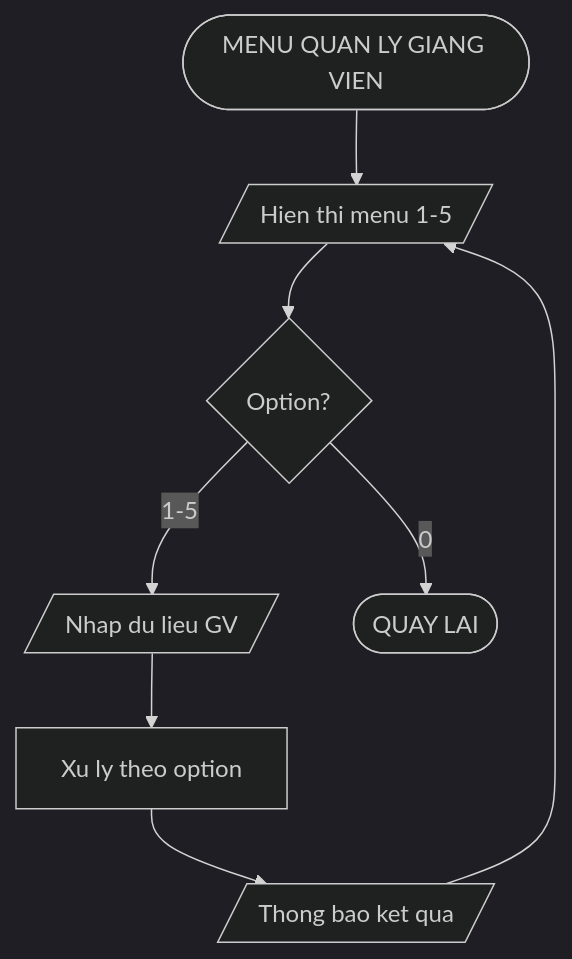
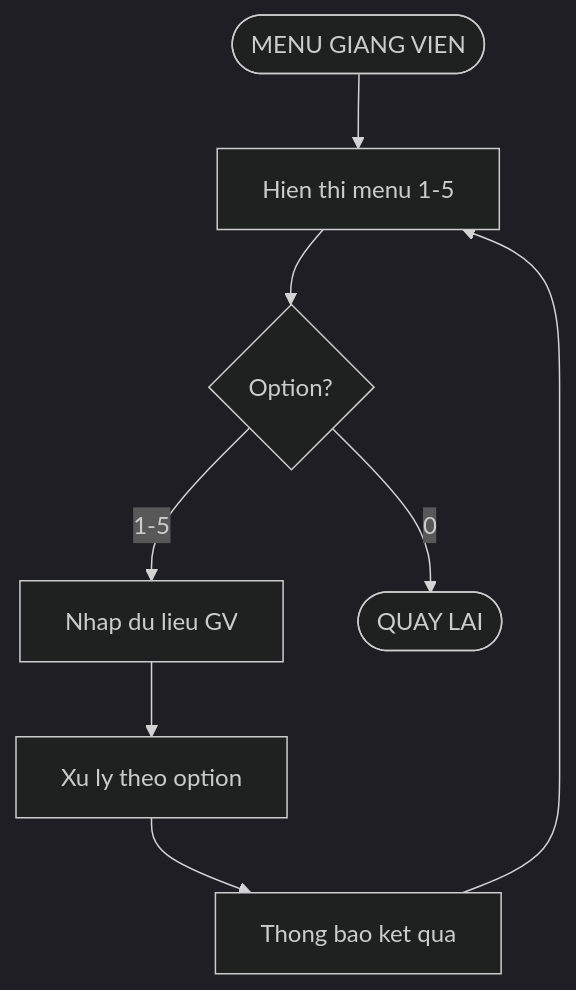
Diagram 11 of 20 in docs/Flowcharts/Flowcharts.md (phucphuc2006/pro-192), drawn with Mermaid (dark theme) before and after one commit. The commit also changed other lines of this file, not shown here.

Commit message:
Fix Mermaid: remove parallelogram syntax for GitHub

````diff
--- a/docs/Flowcharts/Flowcharts.md
+++ b/docs/Flowcharts/Flowcharts.md
@@ -204,10 +202,10 @@
 ```mermaid
 flowchart TD
-    A([MENU QUAN LY GIANG VIEN]) --> B[/Hien thi menu 1-5/]
+    A([MENU GIANG VIEN]) --> B[Hien thi menu 1-5]
     B --> C{Option?}
-    C -->|1-5| D[/Nhap du lieu GV/]
+    C -->|1-5| D[Nhap du lieu GV]
     C -->|0| E([QUAY LAI])
     D --> F[Xu ly theo option]
-    F --> G[/Thong bao ket qua/]
+    F --> G[Thong bao ket qua]
     G --> B
 ```
````
